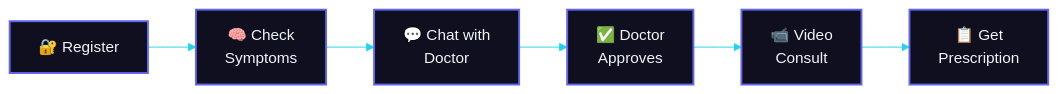
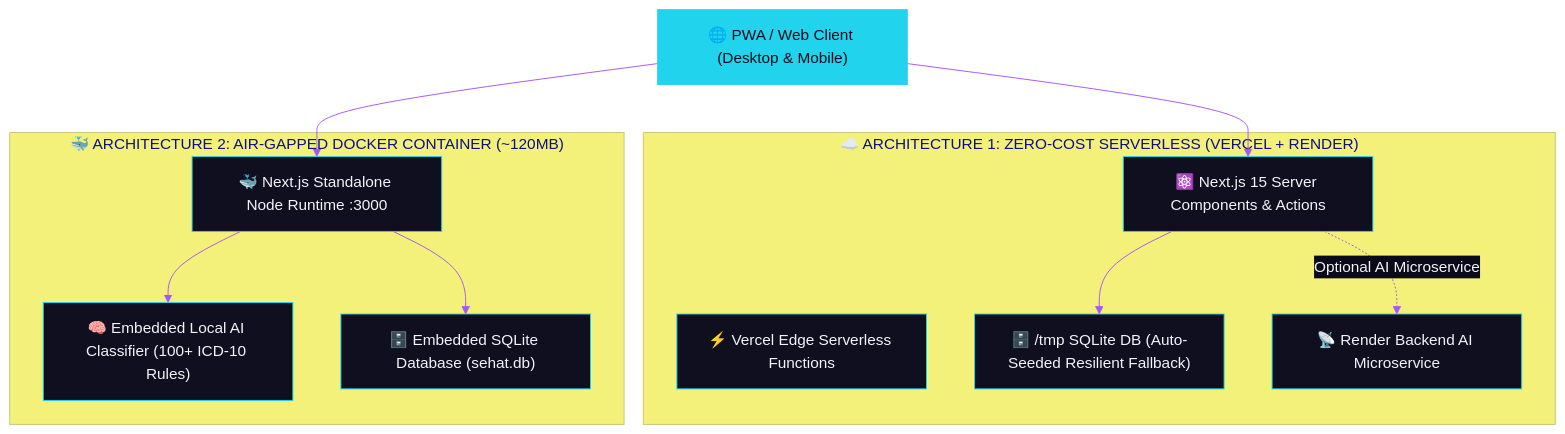
One commit to Shikhar-Kesharwani/nabha-telemedicine changed the second of 2 diagrams in README.md. Above: the diagram before and after it, drawn with Mermaid. The commit also changed other lines of this file, not shown here.

Commit message:
docs(readme): Upgrade README with 7 rural health innovations, 23 routes, 13 SQLite tables, and 70-test suite

````diff
--- a/README.md
+++ b/README.md
@@ -480,11 +379,27 @@
 ```mermaid
-%%{init: {'theme':'base', 'themeVariables': {'primaryColor':'#6366f1', 'primaryTextColor':'#f1f5f9', 'lineColor':'#22d3ee', 'secondaryColor':'#0a0a18', 'background':'#05050f', 'mainBkg':'#0f0f20', 'nodeBorder':'#22d3ee'}}}%%
-flowchart LR
-    A["🔐 Register"]:::step --> B["🧠 Check\nSymptoms"]:::step
-    B --> C["💬 Chat with\nDoctor"]:::step
-    C --> D["✅ Doctor\nApproves"]:::step
-    D --> E["📹 Video\nConsult"]:::step
-    E --> F["📋 Get\nPrescription"]:::step
+%%{init: {'theme':'base', 'themeVariables': {'primaryColor':'#6366f1', 'primaryTextColor':'#f1f5f9', 'primaryBorderColor':'#22d3ee', 'lineColor':'#a855f7', 'secondaryColor':'#0a0a18', 'background':'#05050f', 'mainBkg':'#0f0f20'}}}%%
+graph TD
+    Client["🌐 PWA / Web Client (Desktop & Mobile)"]:::client
 
-    classDef step fill:#0f0f20,stroke:#6366f1,color:#f1f5f9,stroke-width:2px
+    subgraph Mode1 ["☁️ ARCHITECTURE 1: ZERO-COST SERVERLESS (VERCEL + RENDER)"]
+        Vercel["⚡ Vercel Edge Serverless Functions"]
+        NextSSR["⚛️ Next.js 15 Server Components & Actions"]
+        TmpDB["🗄️ /tmp SQLite DB (Auto-Seeded Resilient Fallback)"]
+        RenderAPI["📡 Render Backend AI Microservice"]
+    end
+
+    subgraph Mode2 ["🐳 ARCHITECTURE 2: AIR-GAPPED DOCKER CONTAINER (~120MB)"]
+        DockerApp["🐳 Next.js Standalone Node Runtime :3000"]
+        LocalAI["🧠 Embedded Local AI Classifier (100+ ICD-10 Rules)"]
+        EmbeddedDB["🗄️ Embedded SQLite Database (sehat.db)"]
+    end
+
+    Client --> NextSSR
+    NextSSR --> TmpDB
+    NextSSR -.->|Optional AI Microservice| RenderAPI
+    Client --> DockerApp
+    DockerApp --> LocalAI
+    DockerApp --> EmbeddedDB
+
+    classDef client fill:#22d3ee,stroke:#22d3ee,color:#0a0a18
 ```
````
